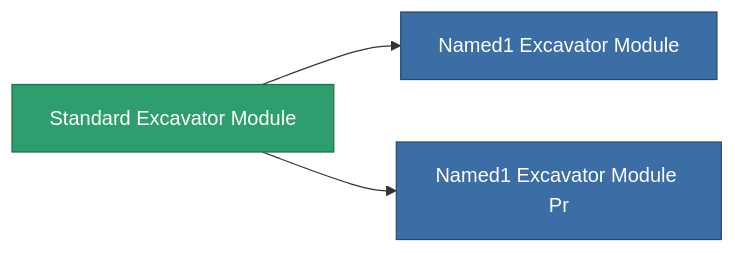
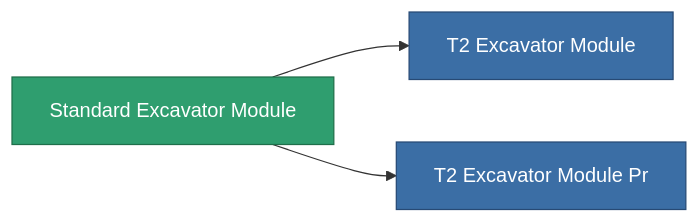
One commit to OpenPerpetuum/Wiki changed the diagram in content/content/items/standard_excavator_module.md. Above: the diagram before and after it, drawn with Mermaid. The commit also changed other lines of this file and 4904 other files, not shown here.

````diff
--- a/content/content/items/standard_excavator_module.md
+++ b/content/content/items/standard_excavator_module.md
@@ -54,13 +46,13 @@
 ```mermaid
 graph LR
     a["Standard Excavator Module"]:::current
-    b["Named1 Excavator Module"]:::prod
+    b["T2 Excavator Module"]:::prod
     a --> b
-    click b "/content/items/named1-excavator-module/" "Named1 Excavator Module"
-    c["Named1 Excavator Module Pr"]:::prod
+    click b "/content/items/named1-excavator-module/" "T2 Excavator Module"
+    c["T2 Excavator Module Pr"]:::prod
     a --> c
-    click c "/content/items/named1-excavator-module-pr/" "Named1 Excavator Module Pr"
+    click c "/content/items/named1-excavator-module-pr/" "T2 Excavator Module Pr"
     classDef current fill:#2f9e6f,stroke:#1f6f4a,color:#ffffff
     classDef prod fill:#3b6ea5,stroke:#274a75,color:#ffffff
     classDef more fill:#39445a,stroke:#54658a,color:#d5dbe8
 ```
````
